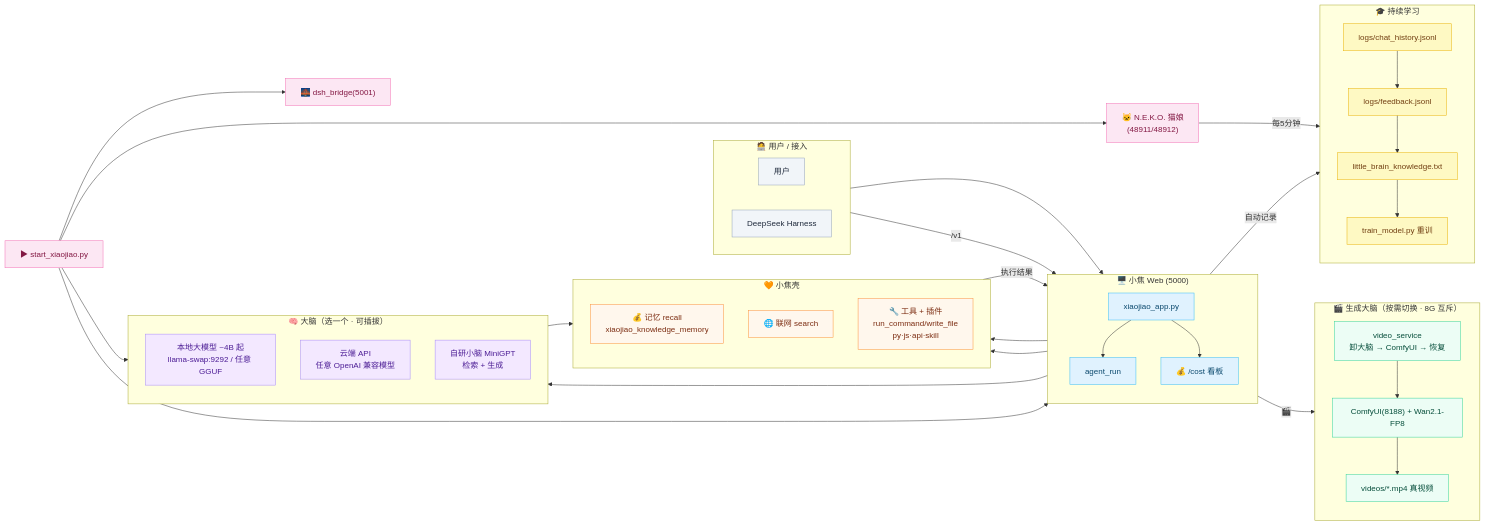
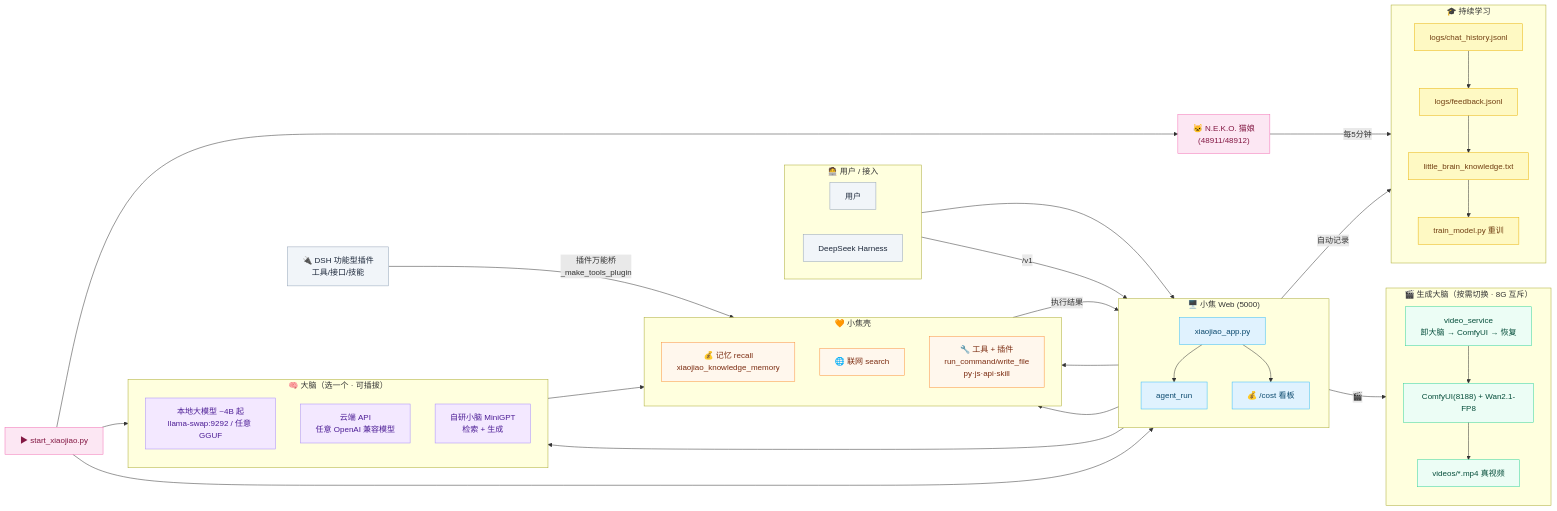
Before and after one commit to jiangchuangege/xiaojiao-harness: the fifth of 8 diagrams in README.md, drawn with Mermaid. The commit also changed other lines of this file, not shown here.

Commit message:
chore: remove unused dsh_bridge SDK shell; clarify DSH feature-plugin compat; add N.E.K.O.-xiaojiao diagram

````diff
--- a/README.md
+++ b/README.md
@@ -580,79 +583,80 @@
 ```mermaid
 flowchart LR
     subgraph INPUT["🧑‍💻 用户 / 接入"]
         direction LR
         U["用户"]
         DSH["DeepSeek Harness"]
     end
 
     subgraph WEB["🖥️ 小焦 Web (5000)"]
         direction TB
         W["xiaojiao_app.py"]
         A["agent_run"]
         COST_PAGE["💰 /cost 看板"]
     end
 
     subgraph AGENT["🧡 小焦壳"]
         direction TB
         M["💰 记忆 recall<br/>xiaojiao_knowledge_memory"]
         S["🌐 联网 search"]
         TOOLS["🔧 工具 + 插件<br/>run_command/write_file<br/>py·js·api·skill"]
     end
 
     subgraph BRAIN["🧠 大脑（选一个 · 可插拔）"]
         direction TB
         BIG["本地大模型 ~4B 起<br/>llama-swap:9292 / 任意 GGUF"]
         CLOUD["云端 API<br/>任意 OpenAI 兼容模型"]
         SMALL["自研小脑 MiniGPT<br/>检索 + 生成"]
     end
 
     subgraph GEN["🎬 生成大脑（按需切换 · 8G 互斥）"]
         direction TB
         VID["video_service<br/>卸大脑 → ComfyUI → 恢复"]
         COMFY["ComfyUI(8188) + Wan2.1-FP8"]
         OUTV["videos/*.mp4 真视频"]
     end
 
     subgraph LEARN["🎓 持续学习"]
         direction TB
         LOG["logs/chat_history.jsonl"]
         FB["logs/feedback.jsonl"]
         KNOW["little_brain_knowledge.txt"]
         TRAIN["train_model.py 重训"]
     end
 
     NEKO["🐱 N.E.K.O. 猫娘<br/>(48911/48912)"]
     ST["▶ start_xiaojiao.py"]
-    BR["🌉 dsh_bridge(5001)"]
+    DSHPLUG["🔌 DSH 功能型插件<br/>工具/接口/技能"]
 
     U --> W
     DSH -->|/v1| W
     W --> A
     A --> M & S
     A --> BRAIN
     BRAIN --> TOOLS
     TOOLS -->|执行结果| A
     W -->|🎬| VID
     VID --> COMFY --> OUTV
     W -->|自动记录| LOG
     LOG --> FB --> KNOW --> TRAIN
-    ST --> W & BIG & BR
+    ST --> W & BIG
     ST --> NEKO
     NEKO -->|每5分钟| KNOW
+    DSHPLUG -->|插件万能桥<br/>_make_tools_plugin| TOOLS
     W --> COST_PAGE
 
     classDef in fill:#f1f5f9,stroke:#94a3b8,color:#1e293b;
     classDef web fill:#e0f2fe,stroke:#38bdf8,color:#0c4a6e;
     classDef ag fill:#fff7ed,stroke:#fb923c,color:#7c2d12;
     classDef br fill:#f3e8ff,stroke:#a78bfa,color:#4c1d95;
     classDef gen fill:#ecfdf5,stroke:#34d399,color:#064e3b;
     classDef lrn fill:#fef9c3,stroke:#eab308,color:#713f12;
     classDef neko fill:#fce7f3,stroke:#f472b6,color:#831843;
-    class U,DSH in;
+    class U,DSH,DSHPLUG in;
     class W,A,COST_PAGE web;
     class M,S,TOOLS ag;
     class BIG,CLOUD,SMALL br;
     class VID,COMFY,OUTV gen;
     class LOG,FB,KNOW,TRAIN lrn;
     class NEKO,ST,BR neko;
 ```
````
